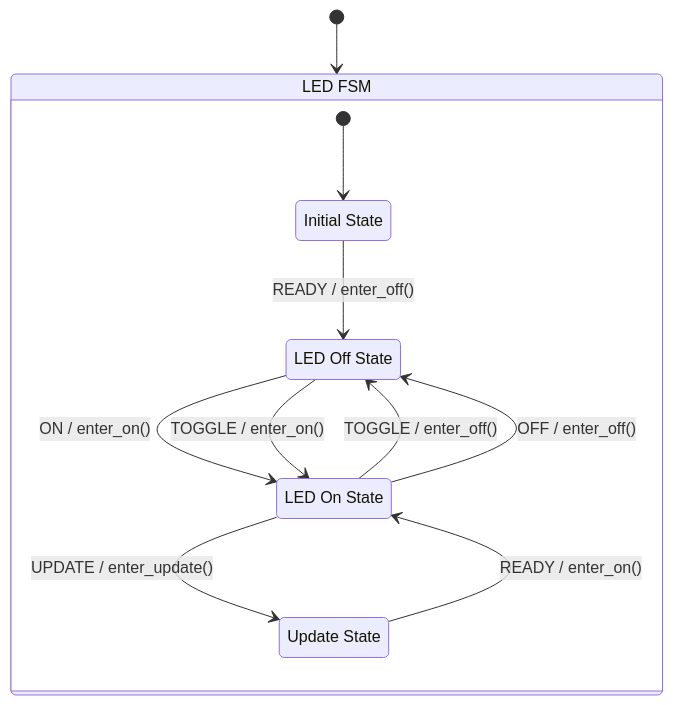
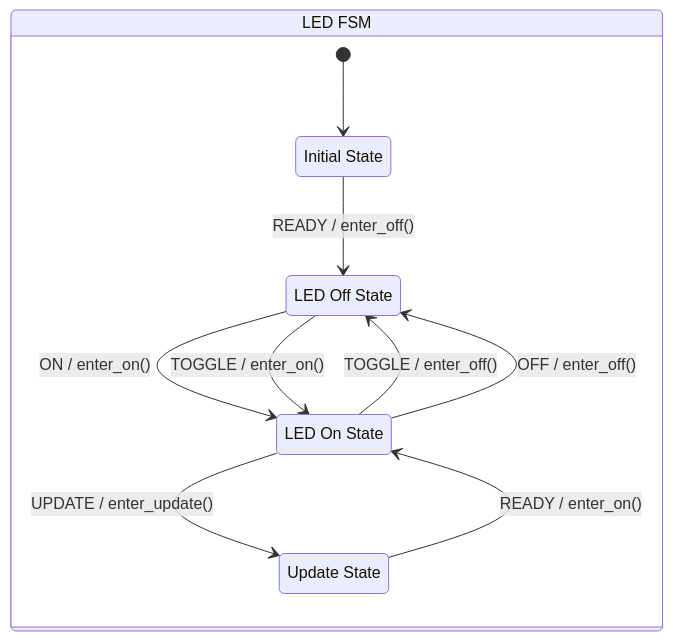
The diagram in components/app_led/app_led_fsm.md (mauro-medina10/esp_led), drawn with Mermaid before and after one commit. The commit also changed 6 other files, not shown here.

```diff
--- a/components/app_led/app_led_fsm.md
+++ b/components/app_led/app_led_fsm.md
@@ -1,20 +1,19 @@
 ::: mermaid
 stateDiagram-v2
-    [*] --> ROOT_ST
     state ROOT_ST {
         [*] --> INIT_ST
         INIT_ST --> OFF_ST : READY / enter_off()
         OFF_ST --> ON_ST : ON / enter_on()
         OFF_ST --> ON_ST : TOGGLE / enter_on()
         ON_ST --> OFF_ST : TOGGLE / enter_off()
         ON_ST --> OFF_ST : OFF / enter_off()
         ON_ST --> UPDATE_ST : UPDATE / enter_update()
         UPDATE_ST --> ON_ST : READY / enter_on()
 
         INIT_ST : Initial State
         OFF_ST : LED Off State
         ON_ST : LED On State
         UPDATE_ST : Update State
     }
     ROOT_ST : LED FSM
 :::
```
